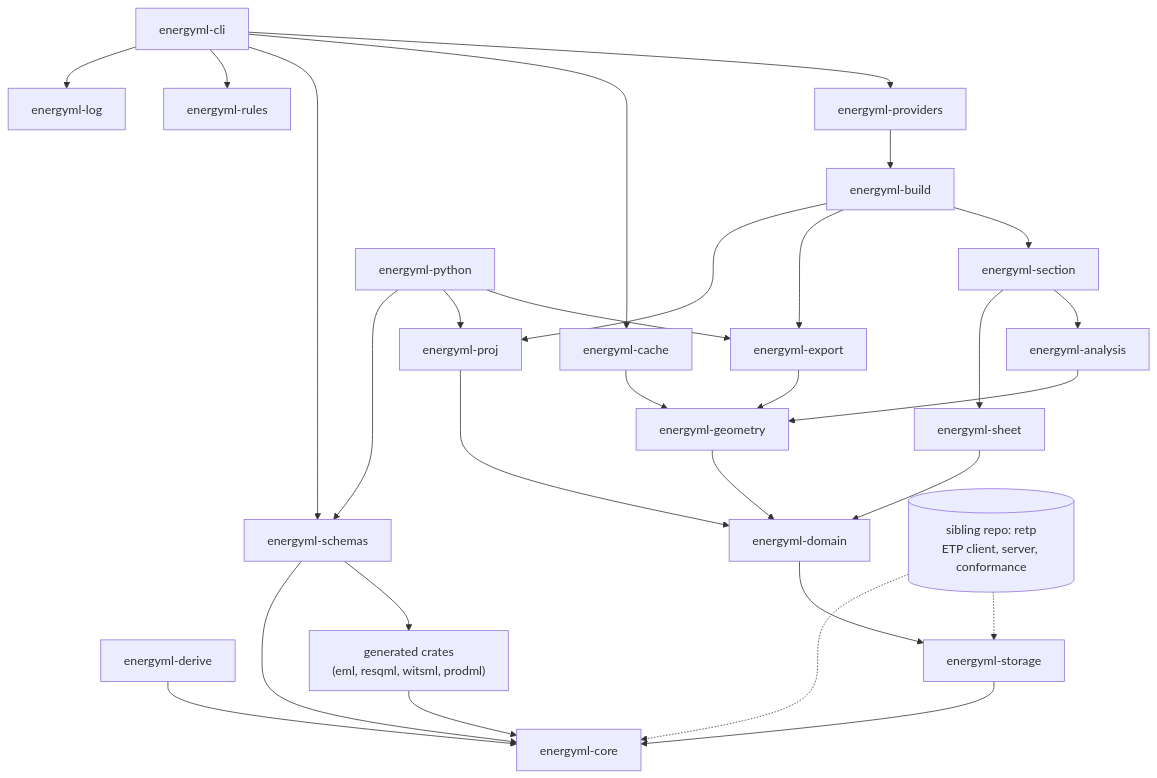
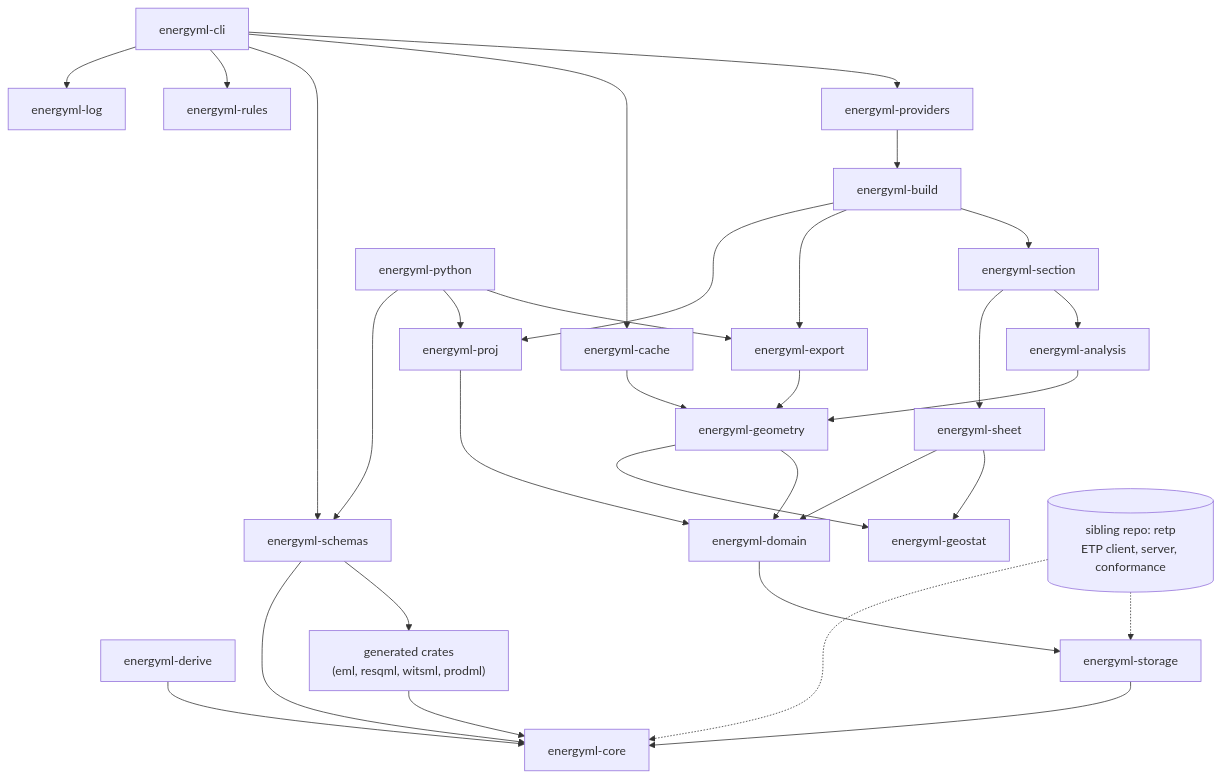
The diagram in ARCHITECTURE.md (geosiris-technologies/energyml-rust), drawn with Mermaid before and after one commit. The commit also changed 48 other files, not shown here.

First line of the commit message:
refactor(geostat): the vector arithmetic and the plan geometry in one module, energyml_geostat::vector

````diff
--- a/ARCHITECTURE.md
+++ b/ARCHITECTURE.md
@@ -7,33 +7,36 @@
 ```mermaid
 graph TD
     derive[energyml-derive] --> core[energyml-core]
     gen["generated crates<br/>(eml, resqml, witsml, prodml)"] --> core
     schemas[energyml-schemas] --> gen
     storage[energyml-storage] --> core
     schemas --> core
     domain[energyml-domain] --> storage
     proj[energyml-proj] --> domain
+    geostat[energyml-geostat]
     geometry[energyml-geometry] --> domain
+    geometry --> geostat
+    sheet --> geostat
     export[energyml-export] --> geometry
     cache[energyml-cache] --> geometry
     analysis[energyml-analysis] --> geometry
     sheet[energyml-sheet] --> domain
     section[energyml-section] --> analysis
     section --> sheet
     build[energyml-build] --> section
     build --> export
     build --> proj
     providers[energyml-providers] --> build
     cli[energyml-cli] --> providers
     cli --> cache
     cli --> schemas
     python[energyml-python] --> export
     python --> proj
     python --> schemas
     rules[energyml-rules]
     log[energyml-log]
     cli --> rules
     cli --> log
     retp[("sibling repo: retp<br/>ETP client, server, conformance")] -.-> storage
     retp -.-> core
 ```
````
